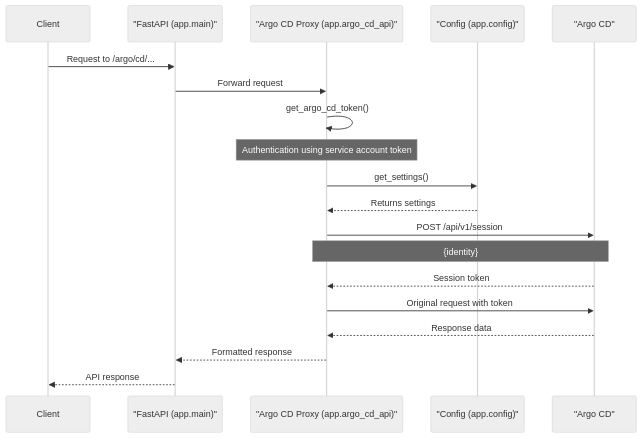
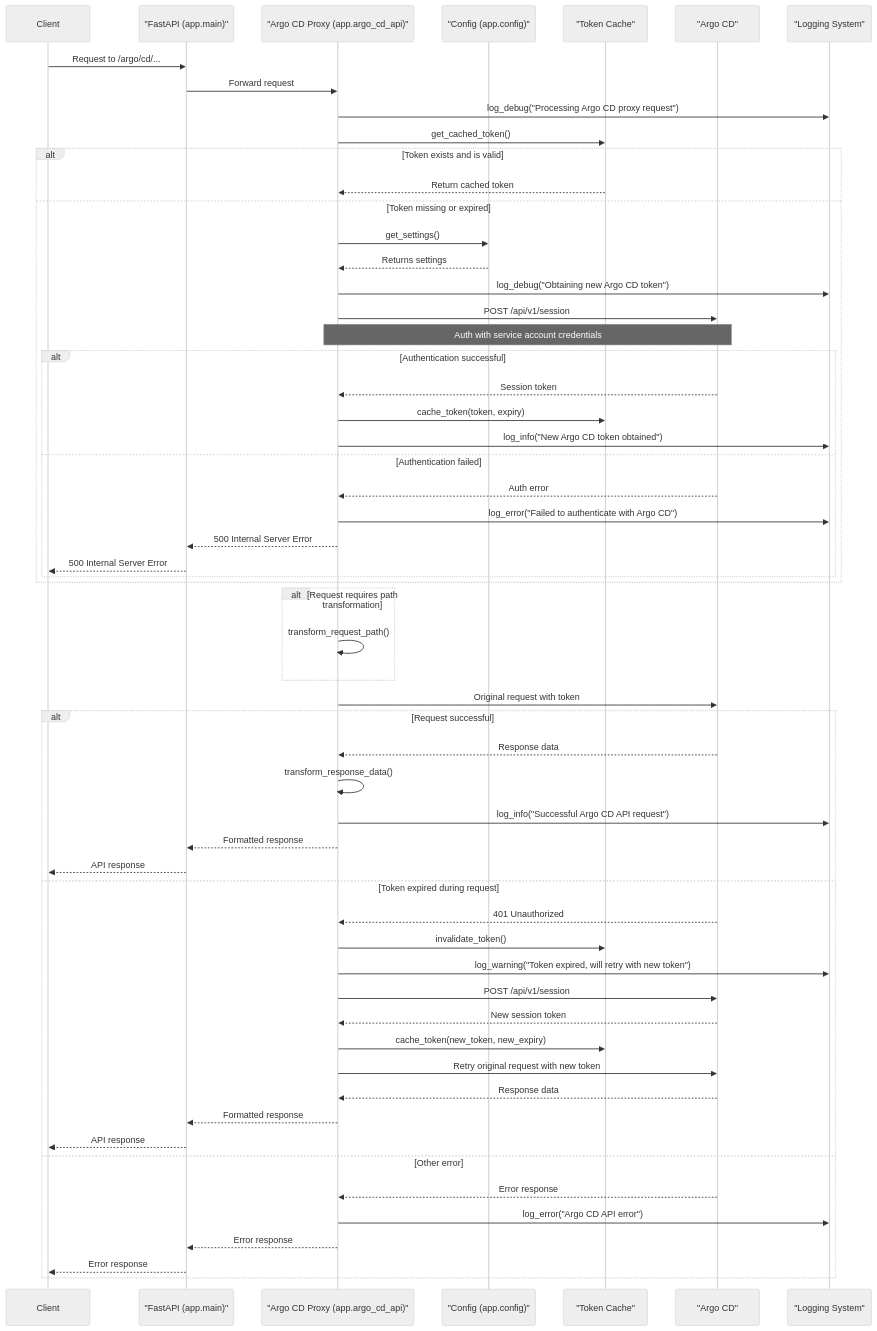
One commit to lloydchang/tvp-k8s changed the diagram in fastapi/mermaid/argo-cd-proxy-sequence.mermaid. Above: the diagram before and after it, drawn with Mermaid (neutral theme). The commit also changed 4 other files, not shown here.

```diff
--- a/fastapi/mermaid/argo-cd-proxy-sequence.mermaid
+++ b/fastapi/mermaid/argo-cd-proxy-sequence.mermaid
@@ -1,22 +1,68 @@
 sequenceDiagram
     participant Client
     participant FastAPI as "FastAPI (app.main)"
     participant ArgoCDProxy as "Argo CD Proxy (app.argo_cd_api)"
     participant Config as "Config (app.config)"
+    participant TokenCache as "Token Cache"
     participant ArgoCD as "Argo CD"
+    participant Logger as "Logging System"
     
     Client->>FastAPI: Request to /argo/cd/...
     FastAPI->>ArgoCDProxy: Forward request
-    ArgoCDProxy->>ArgoCDProxy: get_argo_cd_token()
-    Note over ArgoCDProxy: Authentication using service account token
-    ArgoCDProxy->>Config: get_settings()
-    Config-->>ArgoCDProxy: Returns settings
+    ArgoCDProxy->>Logger: log_debug("Processing Argo CD proxy request")
     
-    ArgoCDProxy->>ArgoCD: POST /api/v1/session
-    Note over ArgoCDProxy,ArgoCD: {identity}
-    ArgoCD-->>ArgoCDProxy: Session token
+    ArgoCDProxy->>TokenCache: get_cached_token()
+    
+    alt Token exists and is valid
+        TokenCache-->>ArgoCDProxy: Return cached token
+    else Token missing or expired
+        ArgoCDProxy->>Config: get_settings()
+        Config-->>ArgoCDProxy: Returns settings
+        
+        ArgoCDProxy->>Logger: log_debug("Obtaining new Argo CD token")
+        ArgoCDProxy->>ArgoCD: POST /api/v1/session
+        Note over ArgoCDProxy,ArgoCD: Auth with service account credentials
+        
+        alt Authentication successful
+            ArgoCD-->>ArgoCDProxy: Session token
+            ArgoCDProxy->>TokenCache: cache_token(token, expiry)
+            ArgoCDProxy->>Logger: log_info("New Argo CD token obtained")
+        else Authentication failed
+            ArgoCD-->>ArgoCDProxy: Auth error
+            ArgoCDProxy->>Logger: log_error("Failed to authenticate with Argo CD")
+            ArgoCDProxy-->>FastAPI: 500 Internal Server Error
+            FastAPI-->>Client: 500 Internal Server Error
+        end
+    end
+    
+    alt Request requires path transformation
+        ArgoCDProxy->>ArgoCDProxy: transform_request_path()
+    end
     
     ArgoCDProxy->>ArgoCD: Original request with token
-    ArgoCD-->>ArgoCDProxy: Response data
-    ArgoCDProxy-->>FastAPI: Formatted response
-    FastAPI-->>Client: API response
+    
+    alt Request successful
+        ArgoCD-->>ArgoCDProxy: Response data
+        ArgoCDProxy->>ArgoCDProxy: transform_response_data()
+        ArgoCDProxy->>Logger: log_info("Successful Argo CD API request")
+        ArgoCDProxy-->>FastAPI: Formatted response
+        FastAPI-->>Client: API response
+    else Token expired during request
+        ArgoCD-->>ArgoCDProxy: 401 Unauthorized
+        ArgoCDProxy->>TokenCache: invalidate_token()
+        ArgoCDProxy->>Logger: log_warning("Token expired, will retry with new token")
+        
+        ArgoCDProxy->>ArgoCD: POST /api/v1/session
+        ArgoCD-->>ArgoCDProxy: New session token
+        ArgoCDProxy->>TokenCache: cache_token(new_token, new_expiry)
+        
+        ArgoCDProxy->>ArgoCD: Retry original request with new token
+        ArgoCD-->>ArgoCDProxy: Response data
+        ArgoCDProxy-->>FastAPI: Formatted response
+        FastAPI-->>Client: API response
+    else Other error
+        ArgoCD-->>ArgoCDProxy: Error response
+        ArgoCDProxy->>Logger: log_error("Argo CD API error")
+        ArgoCDProxy-->>FastAPI: Error response
+        FastAPI-->>Client: Error response
+    end
```
